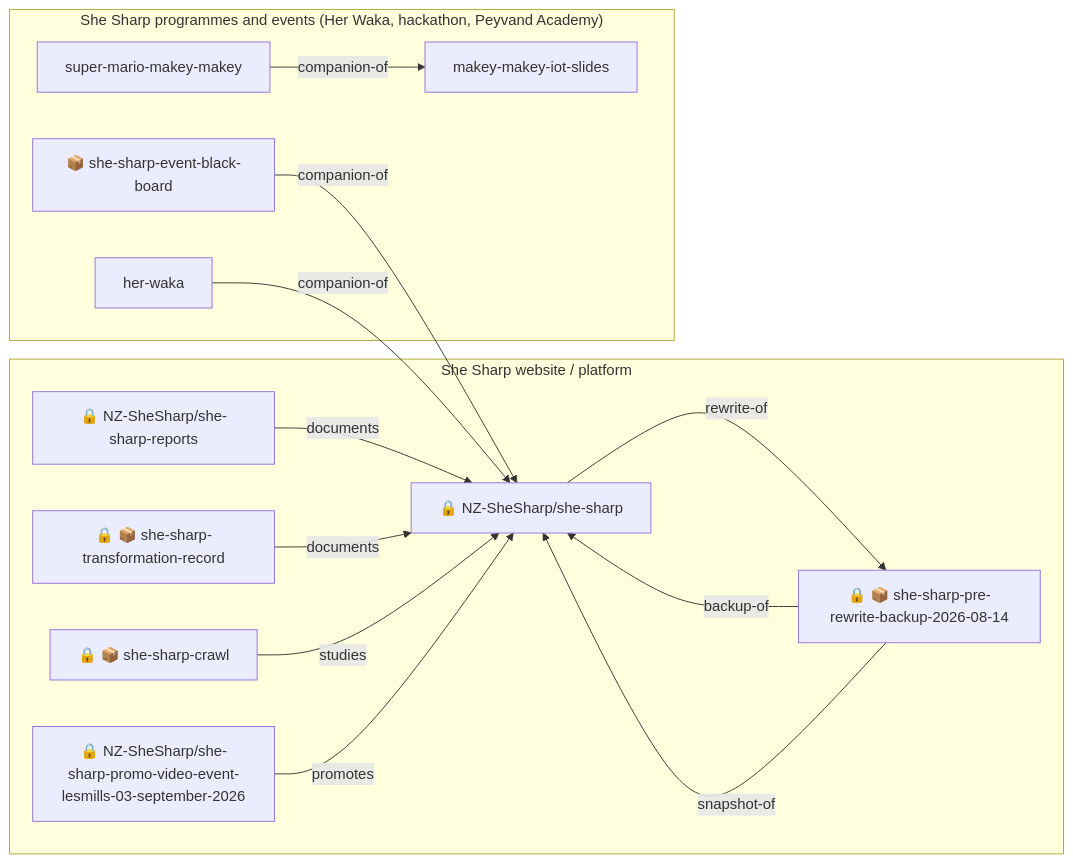
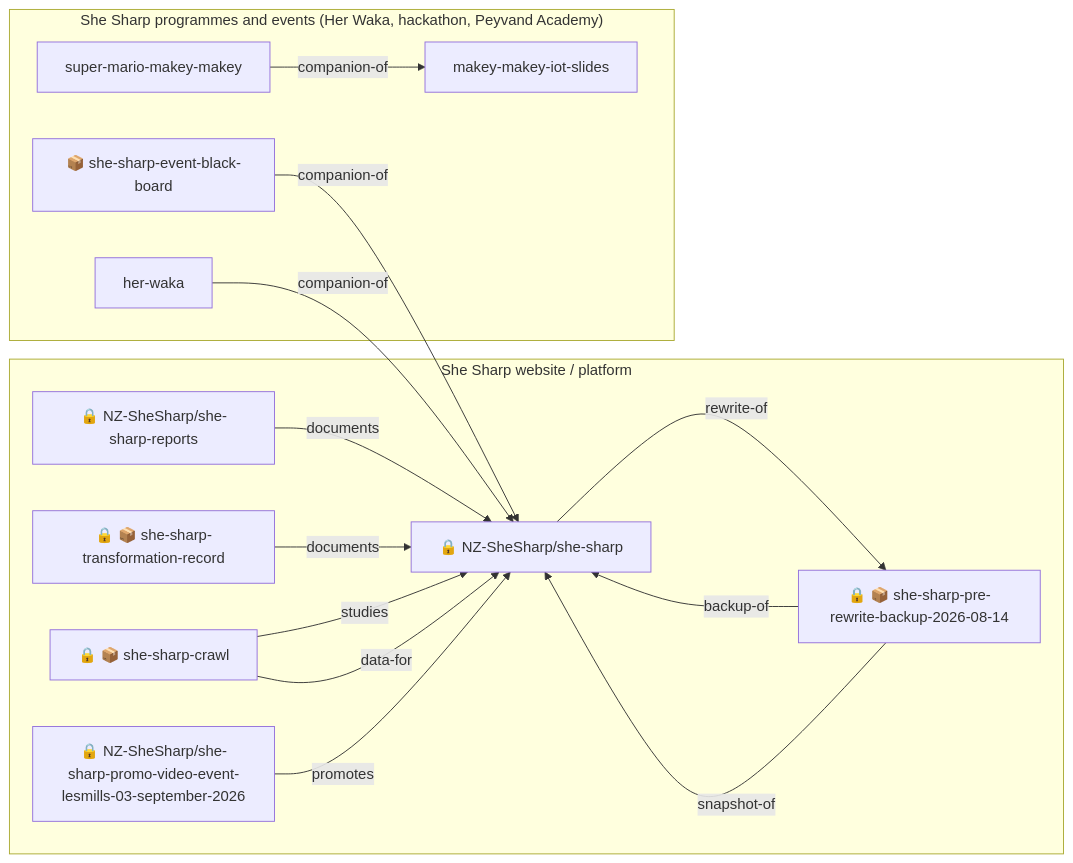
The tenth of 15 diagrams in docs/ecosystem/README.md (ChanMeng666/ChanMeng666), drawn with Mermaid before and after one commit. The commit also changed other lines of this file and 2 other files, not shown here.

````diff
--- a/docs/ecosystem/README.md
+++ b/docs/ecosystem/README.md
@@ -320,27 +325,28 @@
 ```mermaid
 flowchart LR
   subgraph she_sharp_platform["She Sharp website / platform"]
     n0["🔒 NZ-SheSharp/she-sharp"]
     n1["🔒 📦 she-sharp-pre-rewrite-backup-2026-08-14"]
     n2["🔒 📦 she-sharp-transformation-record"]
     n3["🔒 NZ-SheSharp/she-sharp-reports"]
     n4["🔒 NZ-SheSharp/she-sharp-promo-video-event-lesmills-03-september-2026"]
     n5["🔒 📦 she-sharp-crawl"]
   end
   subgraph she_sharp_programmes["She Sharp programmes and events (Her Waka, hackathon, Peyvand Academy)"]
     n6["📦 she-sharp-event-black-board"]
     n7["her-waka"]
     n8["makey-makey-iot-slides"]
     n9["super-mario-makey-makey"]
   end
   n1 -->|backup-of| n0
   n1 -->|snapshot-of| n0
   n0 -->|rewrite-of| n1
   n3 -->|documents| n0
   n2 -->|documents| n0
   n5 -->|studies| n0
+  n5 -->|data-for| n0
   n4 -->|promotes| n0
   n6 -->|companion-of| n0
   n7 -->|companion-of| n0
   n9 -->|companion-of| n8
 ```
````
